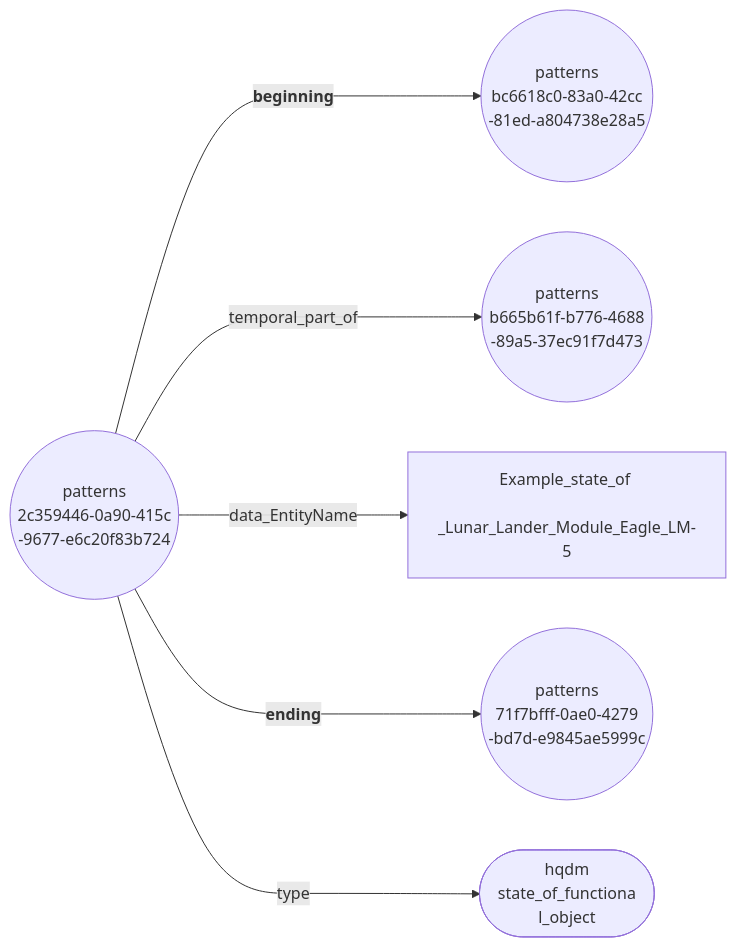
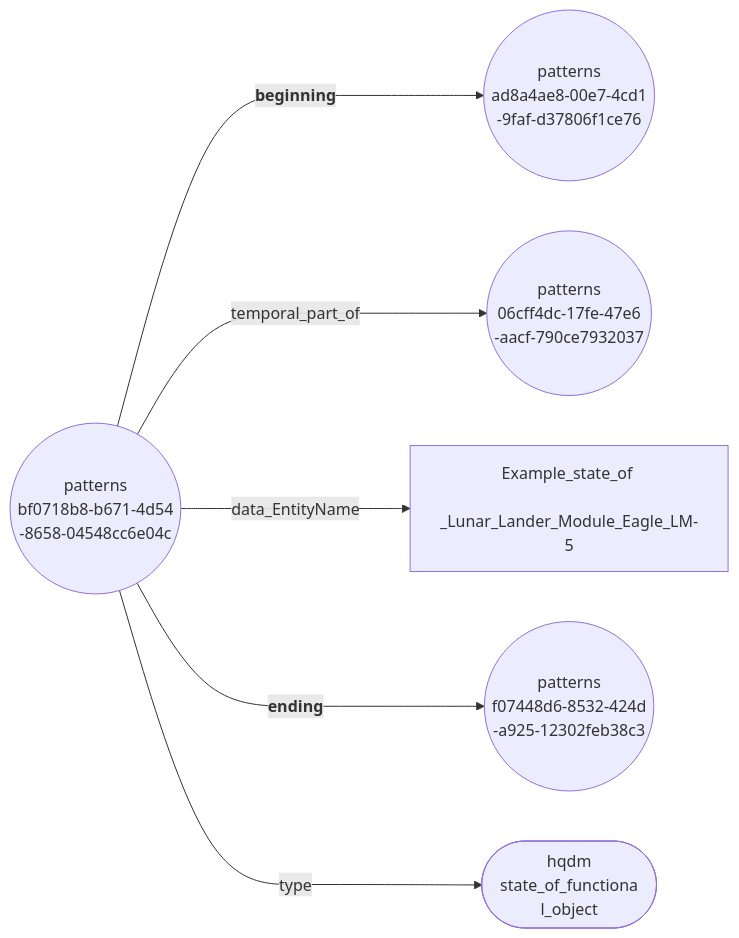
The diagram in docs/extras/example-files/orderEventsNodeEdgeGraph.mermaid (ClimbingAl/HqdmPatterns), drawn with Mermaid before and after one commit. The commit also changed 32 other files, not shown here.

````diff
--- a/docs/extras/example-files/orderEventsNodeEdgeGraph.mermaid
+++ b/docs/extras/example-files/orderEventsNodeEdgeGraph.mermaid
@@ -1,8 +1,8 @@
 ``` mermaid
 graph LR
-  2c359446-0a90-415c-9677-e6c20f83b724(("patterns <br> 2c359446-0a90-415c <br> -9677-e6c20f83b724"))--->|"<b> beginning"|bc6618c0-83a0-42cc-81ed-a804738e28a5(("patterns <br> bc6618c0-83a0-42cc <br> -81ed-a804738e28a5"));
-  2c359446-0a90-415c-9677-e6c20f83b724(("patterns <br> 2c359446-0a90-415c <br> -9677-e6c20f83b724"))--->|"temporal_part_of"|b665b61f-b776-4688-89a5-37ec91f7d473(("patterns <br> b665b61f-b776-4688 <br> -89a5-37ec91f7d473"));
-  2c359446-0a90-415c-9677-e6c20f83b724(("patterns <br> 2c359446-0a90-415c <br> -9677-e6c20f83b724"))--->|"data_EntityName"|Example_state_of_Lunar_Lander_Module_Eagle_LM-5["Example_state_of <br> _Lunar_Lander_Module_Eagle_LM-5"];
-  2c359446-0a90-415c-9677-e6c20f83b724(("patterns <br> 2c359446-0a90-415c <br> -9677-e6c20f83b724"))--->|"<b> ending"|71f7bfff-0ae0-4279-bd7d-e9845ae5999c(("patterns <br> 71f7bfff-0ae0-4279 <br> -bd7d-e9845ae5999c"));
-  2c359446-0a90-415c-9677-e6c20f83b724(("patterns <br> 2c359446-0a90-415c <br> -9677-e6c20f83b724"))--->|"type"|state_of_functional_object(["hqdm <br> state_of_functiona <br> l_object"]);
+  bf0718b8-b671-4d54-8658-04548cc6e04c(("patterns <br> bf0718b8-b671-4d54 <br> -8658-04548cc6e04c"))--->|"<b> beginning"|ad8a4ae8-00e7-4cd1-9faf-d37806f1ce76(("patterns <br> ad8a4ae8-00e7-4cd1 <br> -9faf-d37806f1ce76"));
+  bf0718b8-b671-4d54-8658-04548cc6e04c(("patterns <br> bf0718b8-b671-4d54 <br> -8658-04548cc6e04c"))--->|"temporal_part_of"|06cff4dc-17fe-47e6-aacf-790ce7932037(("patterns <br> 06cff4dc-17fe-47e6 <br> -aacf-790ce7932037"));
+  bf0718b8-b671-4d54-8658-04548cc6e04c(("patterns <br> bf0718b8-b671-4d54 <br> -8658-04548cc6e04c"))--->|"data_EntityName"|Example_state_of_Lunar_Lander_Module_Eagle_LM-5["Example_state_of <br> _Lunar_Lander_Module_Eagle_LM-5"];
+  bf0718b8-b671-4d54-8658-04548cc6e04c(("patterns <br> bf0718b8-b671-4d54 <br> -8658-04548cc6e04c"))--->|"<b> ending"|f07448d6-8532-424d-a925-12302feb38c3(("patterns <br> f07448d6-8532-424d <br> -a925-12302feb38c3"));
+  bf0718b8-b671-4d54-8658-04548cc6e04c(("patterns <br> bf0718b8-b671-4d54 <br> -8658-04548cc6e04c"))--->|"type"|state_of_functional_object(["hqdm <br> state_of_functiona <br> l_object"]);
 ```
````
